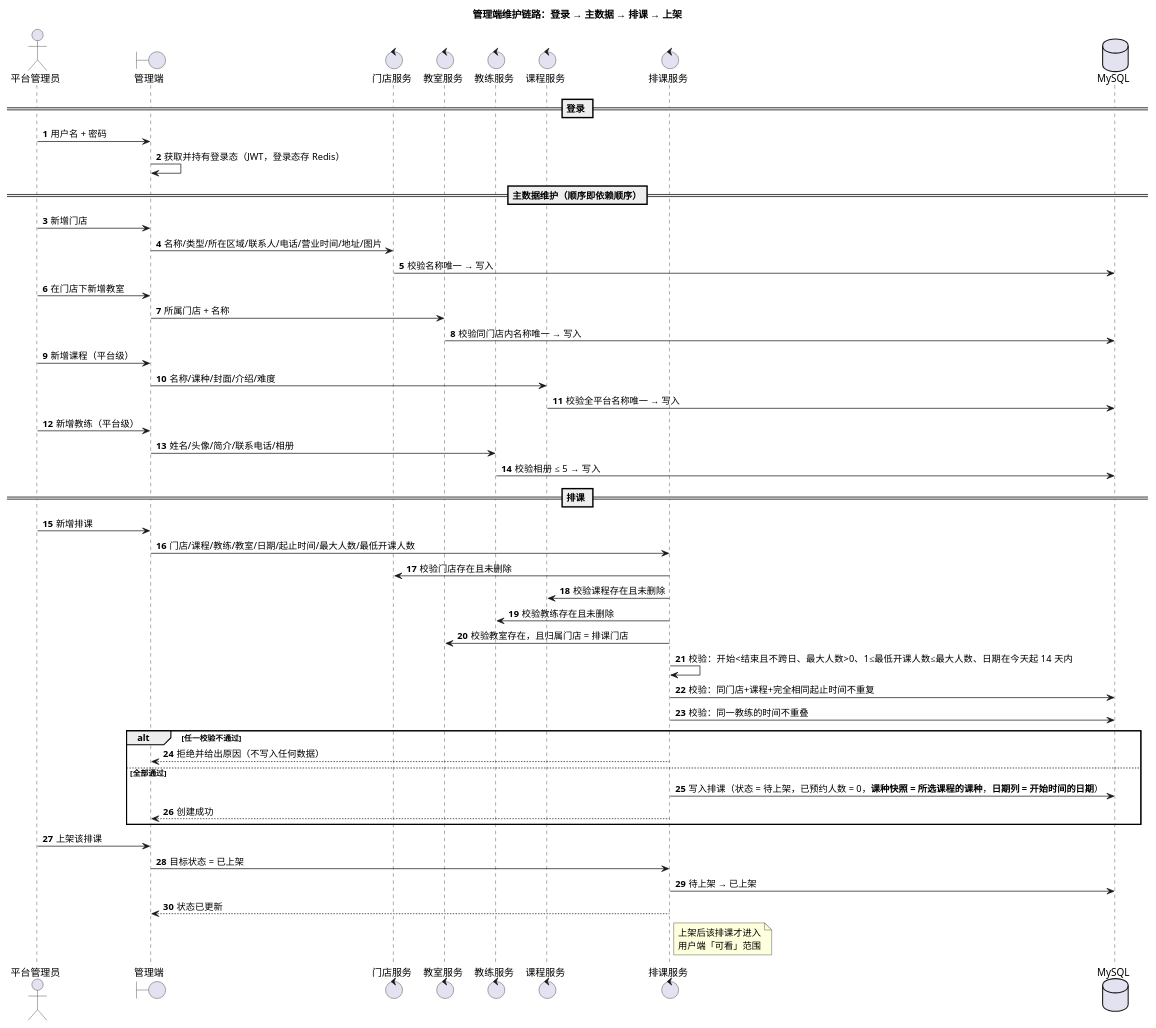
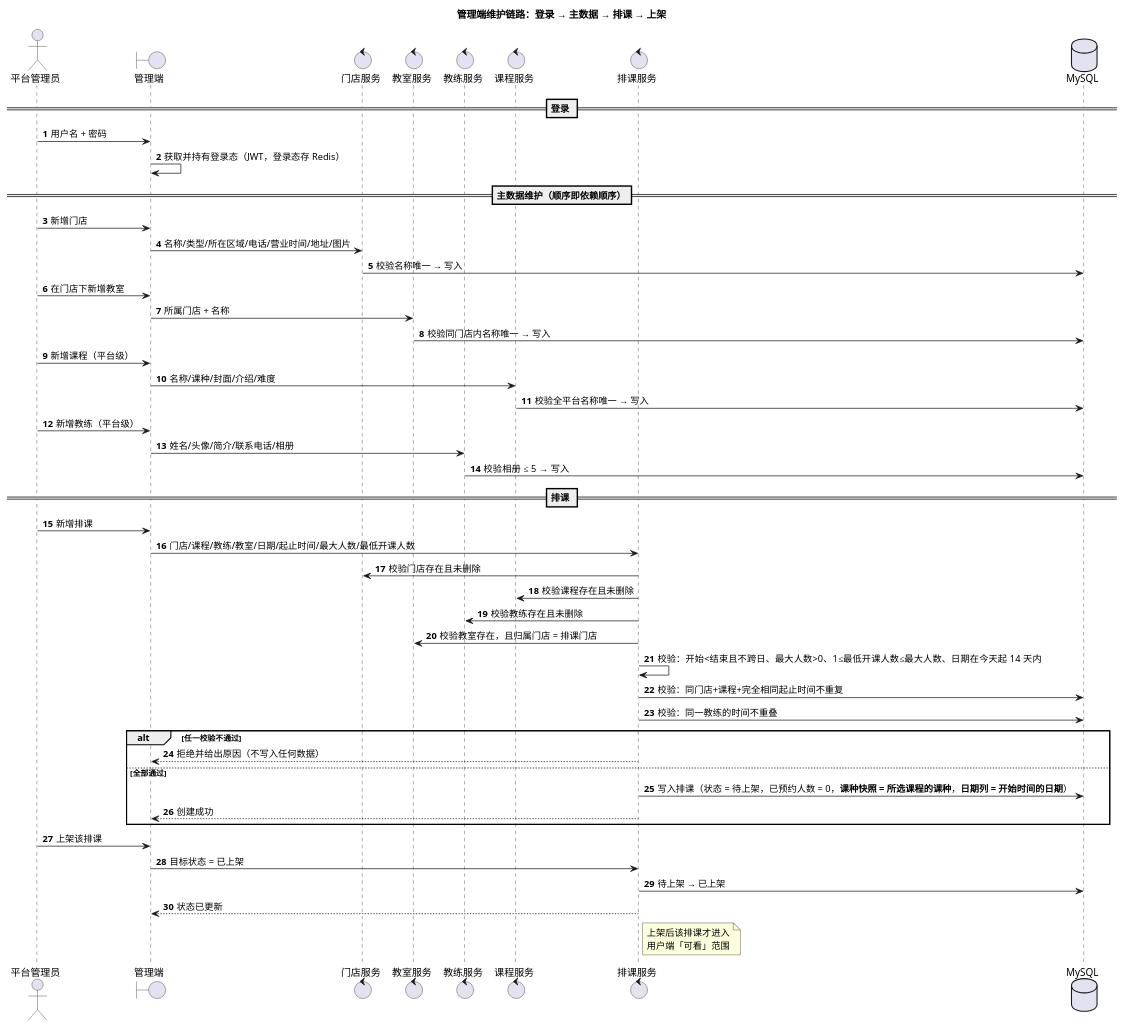
One commit to duo2530/techplant-yoga changed the third of 5 diagrams in docs/概要设计/概要设计.md. Above: the diagram before and after it, drawn with PlantUML. The commit also changed other lines of this file and 58 other files, not shown here.

````diff
--- a/docs/概要设计/概要设计.md
+++ b/docs/概要设计/概要设计.md
@@ -207,62 +207,62 @@
 ```plantuml
 @startuml
 title 管理端维护链路：登录 → 主数据 → 排课 → 上架
 autonumber
 actor 平台管理员
 boundary 管理端
 control 门店服务
 control 教室服务
 control 教练服务
 control 课程服务
 control 排课服务
 database MySQL
 
 == 登录 ==
 平台管理员 -> 管理端 : 用户名 + 密码
 管理端 -> 管理端 : 获取并持有登录态（JWT，登录态存 Redis）
 
 == 主数据维护（顺序即依赖顺序）==
 平台管理员 -> 管理端 : 新增门店
-管理端 -> 门店服务 : 名称/类型/所在区域/联系人/电话/营业时间/地址/图片
+管理端 -> 门店服务 : 名称/类型/所在区域/电话/营业时间/地址/图片
 门店服务 -> MySQL : 校验名称唯一 → 写入
 
 平台管理员 -> 管理端 : 在门店下新增教室
 管理端 -> 教室服务 : 所属门店 + 名称
 教室服务 -> MySQL : 校验同门店内名称唯一 → 写入
 
 平台管理员 -> 管理端 : 新增课程（平台级）
 管理端 -> 课程服务 : 名称/课种/封面/介绍/难度
 课程服务 -> MySQL : 校验全平台名称唯一 → 写入
 
 平台管理员 -> 管理端 : 新增教练（平台级）
 管理端 -> 教练服务 : 姓名/头像/简介/联系电话/相册
 教练服务 -> MySQL : 校验相册 ≤ 5 → 写入
 
 == 排课 ==
 平台管理员 -> 管理端 : 新增排课
 管理端 -> 排课服务 : 门店/课程/教练/教室/日期/起止时间/最大人数/最低开课人数
 排课服务 -> 门店服务 : 校验门店存在且未删除
 排课服务 -> 课程服务 : 校验课程存在且未删除
 排课服务 -> 教练服务 : 校验教练存在且未删除
 排课服务 -> 教室服务 : 校验教室存在，且归属门店 = 排课门店
 排课服务 -> 排课服务 : 校验：开始<结束且不跨日、最大人数>0、1≤最低开课人数≤最大人数、日期在今天起 14 天内
 排课服务 -> MySQL : 校验：同门店+课程+完全相同起止时间不重复
 排课服务 -> MySQL : 校验：同一教练的时间不重叠
 alt 任一校验不通过
   排课服务 --> 管理端 : 拒绝并给出原因（不写入任何数据）
 else 全部通过
   排课服务 -> MySQL : 写入排课（状态 = 待上架，已预约人数 = 0，**课种快照 = 所选课程的课种**，**日期列 = 开始时间的日期**）
   排课服务 --> 管理端 : 创建成功
 end
 
 平台管理员 -> 管理端 : 上架该排课
 管理端 -> 排课服务 : 目标状态 = 已上架
 排课服务 -> MySQL : 待上架 → 已上架
 排课服务 --> 管理端 : 状态已更新
 note right of 排课服务
   上架后该排课才进入
   用户端「可看」范围
 end note
 
 @enduml
 ```
````
